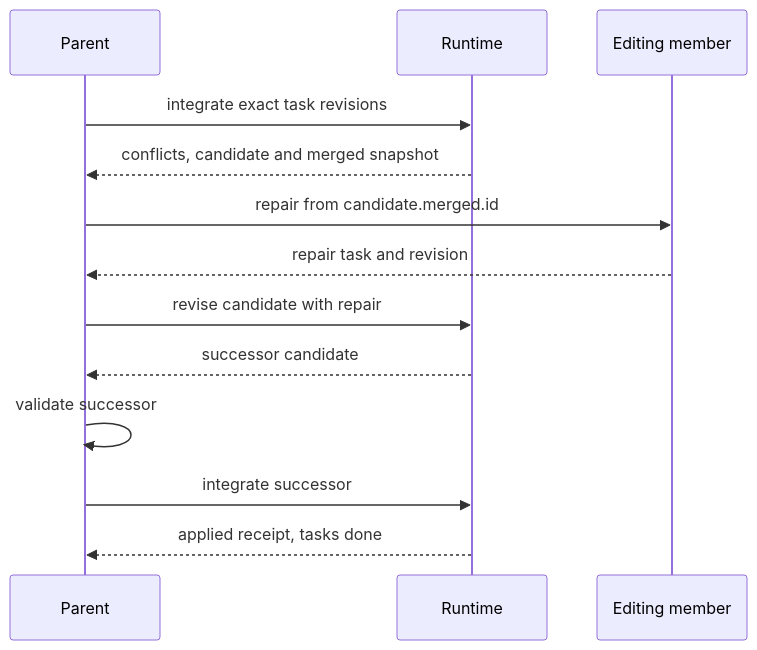
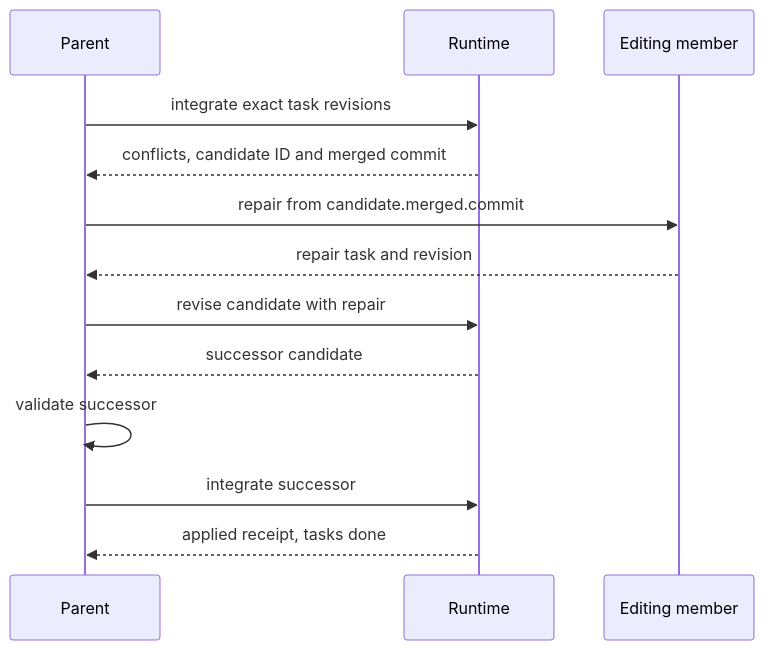
The second of 3 diagrams in WORKFLOWS.md (alexschlessinger/polly), drawn with Mermaid before and after one commit. The commit also changed other lines of this file and 3 other files, not shown here.

````diff
--- a/WORKFLOWS.md
+++ b/WORKFLOWS.md
@@ -184,15 +196,15 @@
 ```mermaid
 sequenceDiagram
     participant Parent
     participant Runtime
     participant Repair as Editing member
     Parent->>Runtime: integrate exact task revisions
-    Runtime-->>Parent: conflicts, candidate and merged snapshot
-    Parent->>Repair: repair from candidate.merged.id
+    Runtime-->>Parent: conflicts, candidate ID and merged commit
+    Parent->>Repair: repair from candidate.merged.commit
     Repair-->>Parent: repair task and revision
     Parent->>Runtime: revise candidate with repair
     Runtime-->>Parent: successor candidate
     Parent->>Parent: validate successor
     Parent->>Runtime: integrate successor
     Runtime-->>Parent: applied receipt, tasks done
 ```
````
